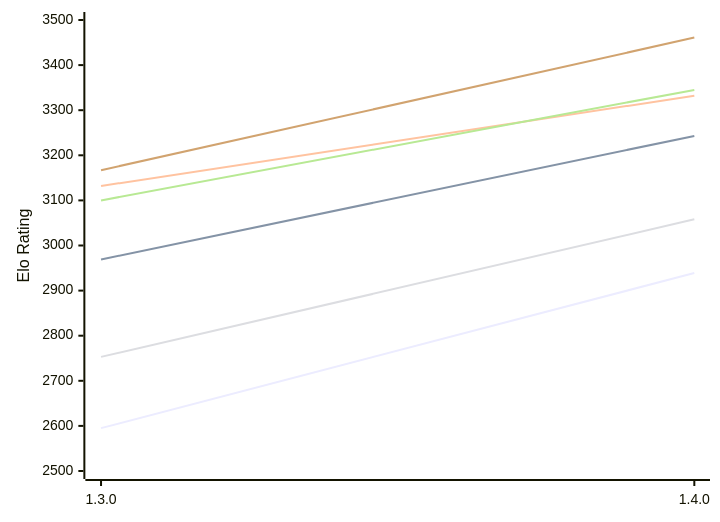
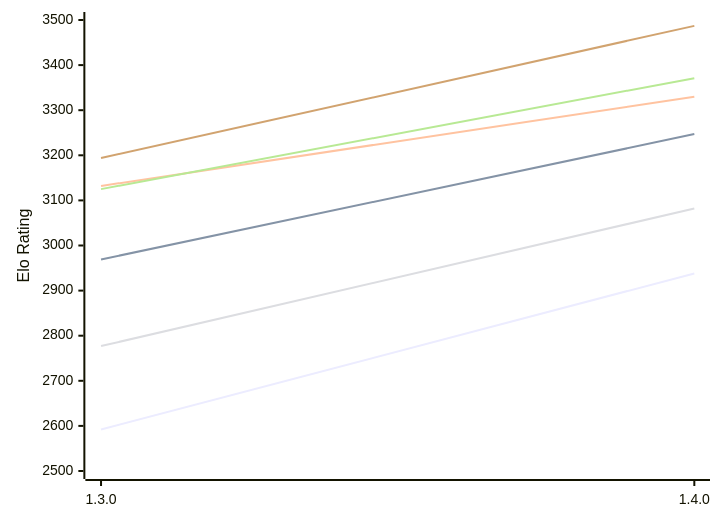
The first of 2 diagrams in engines/Ember.md (computer-chess-index/cci), drawn with Mermaid before and after one commit. The commit also changed other lines of this file, not shown here.

Commit message:
Update CCI Ratings (ELO VLTC) - 2026-11-04

````diff
--- a/engines/Ember.md
+++ b/engines/Ember.md
@@ -51,12 +51,12 @@
 ```mermaid
 %%{init: {"theme":"base","themeVariables":{"seriesColors:['#a3a3a3','#222221','#faa371']}}}%%
 xychart-beta
   x-axis ["1.3.0", "1.4.0"]
   y-axis "Elo Rating" 2500 --> 3500
-  line "E1: STC (8.0+0.08s)" [2595, 2939]
-  line "E1: LTC (60.0+0.60s)" [2969, 3243]
-  line "E1: VLTC (2m24s+1.12s)" [3132, 3332]
-  line "P1: STC (8.0+0.08s)" [2753, 3058]
-  line "P1: LTC (60.0+0.60s)" [3100, 3345]
-  line "P1: VLTC (2m24s+1.12s)" [3167, 3461]
+  line "E1: STC (8.0+0.08s)" [2592, 2938]
+  line "E1: LTC (60.0+0.60s)" [2969, 3247]
+  line "E1: VLTC (2m24s+1.12s)" [3132, 3330]
+  line "P1: STC (8.0+0.08s)" [2777, 3082]
+  line "P1: LTC (60.0+0.60s)" [3125, 3371]
+  line "P1: VLTC (2m24s+1.12s)" [3194, 3487]
 ```
````
